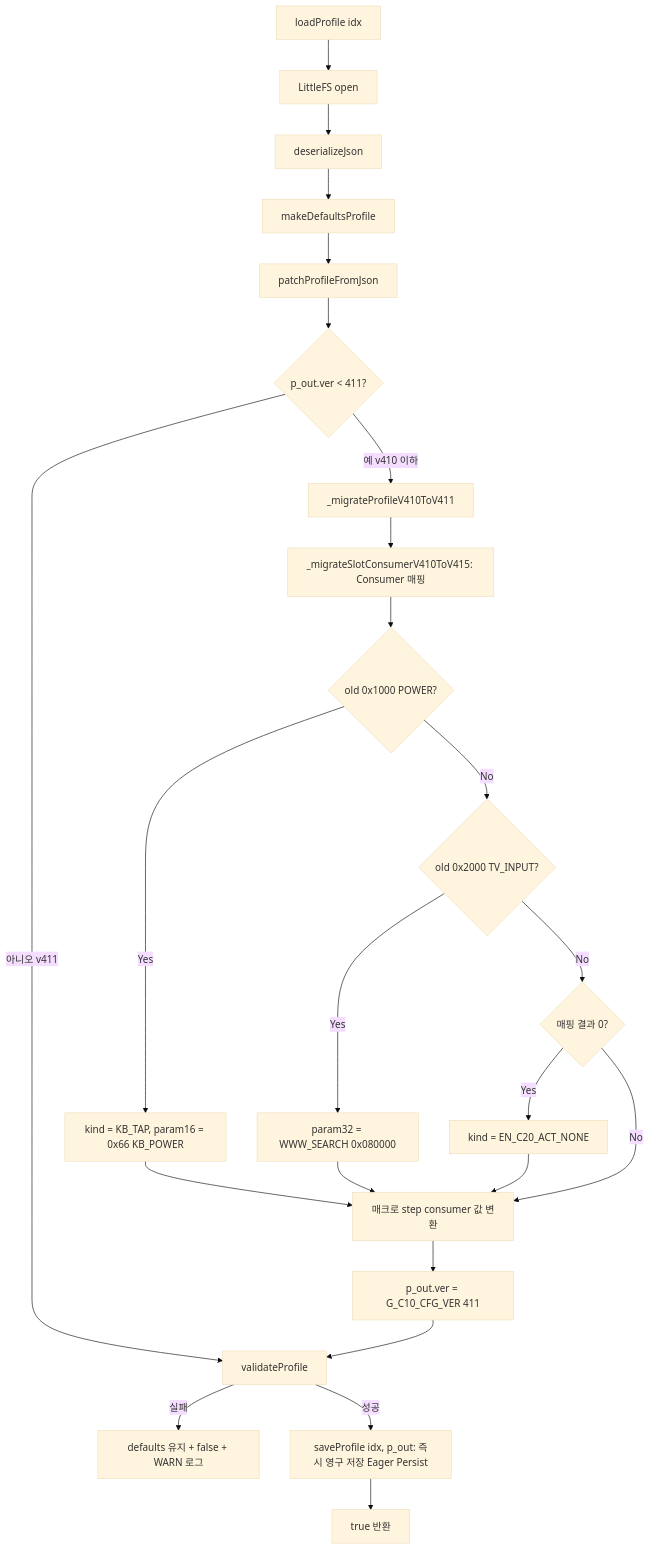
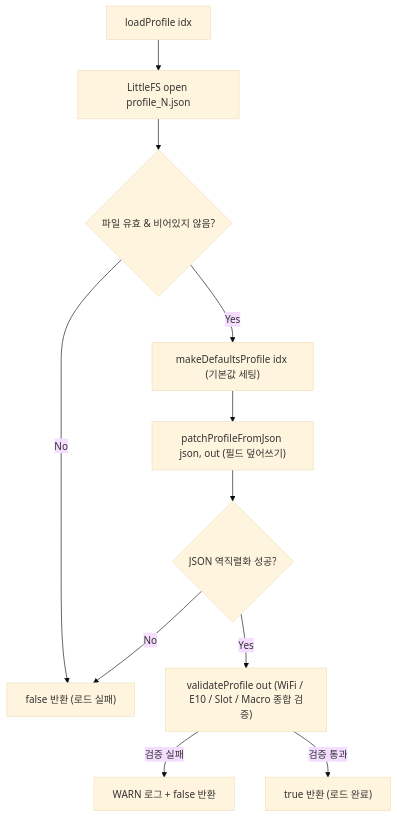
One commit to hosanglee-kr/esp32_AirMouse_002 changed the ninth of 17 diagrams in src/v0415/docs_v0415/contract_doc/FLOW_0415.md. Above: the diagram before and after it, drawn with Mermaid (base theme). The commit also changed other lines of this file and 4 other files, not shown here.

````diff
--- a/src/v0415/docs_v0415/contract_doc/FLOW_0415.md
+++ b/src/v0415/docs_v0415/contract_doc/FLOW_0415.md
@@ -397,26 +397,13 @@
 ```mermaid
 flowchart TD
-    Load["loadProfile idx"] --> Open["LittleFS open"]
-    Open --> Parse["deserializeJson"]
-    Parse --> Defaults["makeDefaultsProfile"]
-    Defaults --> Patch["patchProfileFromJson"]
-    Patch --> VerCheck{"p_out.ver < 411?"}
-    VerCheck -- "아니오 v411" --> Validate["validateProfile"]
-    VerCheck -- "예 v410 이하" --> Migrate["_migrateProfileV410ToV411"]
-    Migrate --> SlotMig["_migrateSlotConsumerV410ToV415: Consumer 매핑"]
-    SlotMig --> PwrMig{"old 0x1000 POWER?"}
-    PwrMig -- "Yes" --> KbPwr["kind = KB_TAP, param16 = 0x66 KB_POWER"]
-    PwrMig -- "No" --> TvMig{"old 0x2000 TV_INPUT?"}
-    TvMig -- "Yes" --> WwwSrch["param32 = WWW_SEARCH 0x080000"]
-    TvMig -- "No" --> ZeroMig{"매핑 결과 0?"}
-    ZeroMig -- "Yes" --> NoneAct["kind = EN_C20_ACT_NONE"]
-    ZeroMig -- "No" --> MacroMig["매크로 step consumer 값 변환"]
-    KbPwr --> MacroMig
-    WwwSrch --> MacroMig
-    NoneAct --> MacroMig
-    MacroMig --> VerUpdate["p_out.ver = G_C10_CFG_VER 411"]
-    VerUpdate --> Validate
-    Validate -- "실패" --> Fallback["defaults 유지 + false + WARN 로그"]
-    Validate -- "성공" --> Persist["saveProfile idx, p_out: 즉시 영구 저장 Eager Persist"]
-    Persist --> Ok["true 반환"]
+    Load["loadProfile idx"] --> Open["LittleFS open profile_N.json"]
+    Open --> Check{"파일 유효 & 비어있지 않음?"}
+    Check -- "No" --> Fail["false 반환 (로드 실패)"]
+    Check -- "Yes" --> Defaults["makeDefaultsProfile idx (기본값 세팅)"]
+    Defaults --> Patch["patchProfileFromJson json, out (필드 덮어쓰기)"]
+    Patch --> CheckPatch{"JSON 역직렬화 성공?"}
+    CheckPatch -- "No" --> Fail
+    CheckPatch -- "Yes" --> Validate["validateProfile out (WiFi / E10 / Slot / Macro 종합 검증)"]
+    Validate -- "검증 실패" --> LogFail["WARN 로그 + false 반환"]
+    Validate -- "검증 통과" --> Ok["true 반환 (로드 완료)"]
 ```
````
